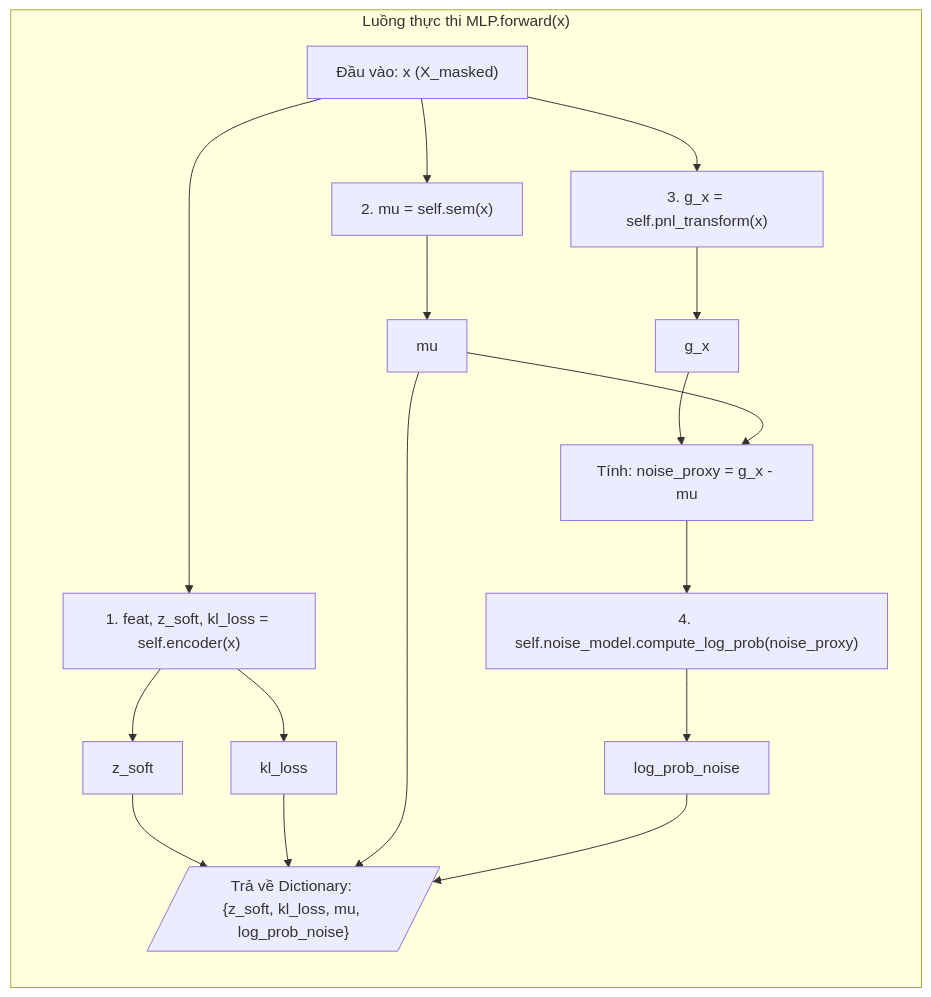
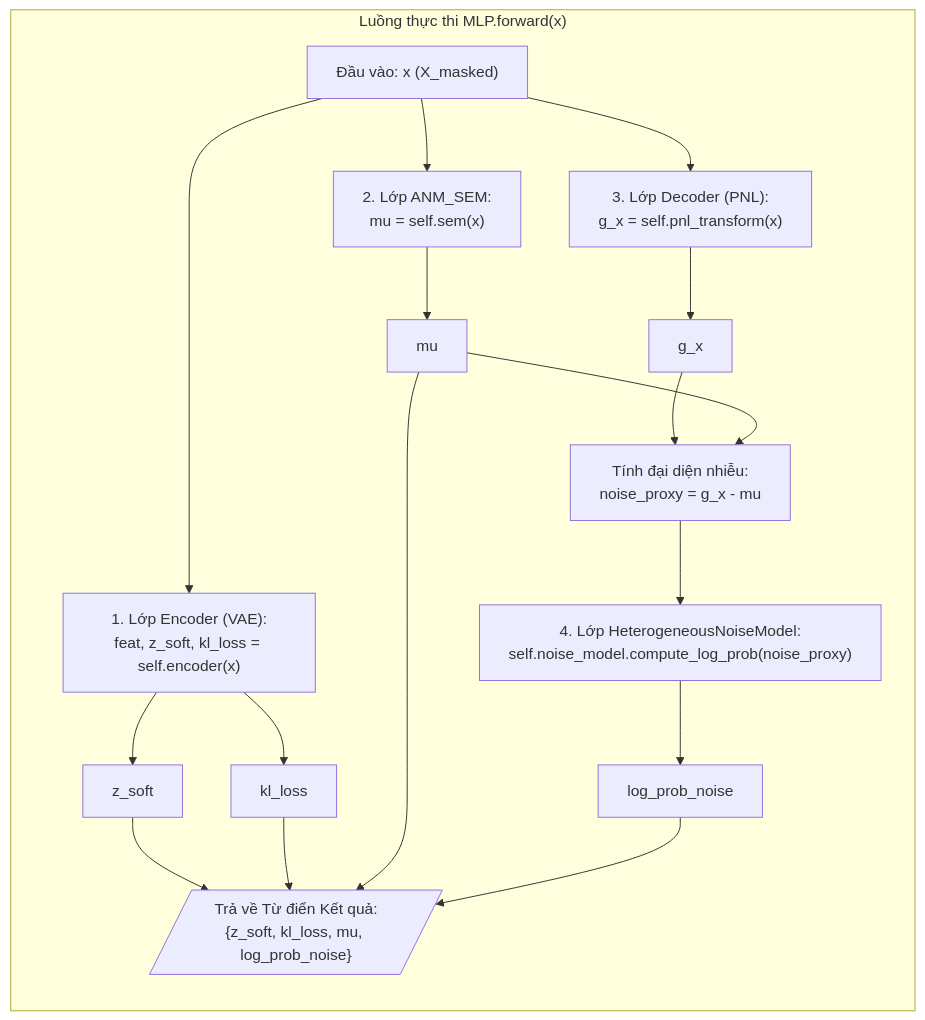
Before and after one commit to manhthai1706/DeepANM: the third of 6 diagrams in docx/Chuong2_MoHinhDeepANM.md, drawn with Mermaid.

Commit message:
Docs: Add class names to Figure 2.3 for MLP forward pass

````diff
--- a/docx/Chuong2_MoHinhDeepANM.md
+++ b/docx/Chuong2_MoHinhDeepANM.md
@@ -85,29 +85,29 @@
 ```mermaid
 graph TD
     X["Đầu vào: x (X_masked)"]
     
     subgraph MLP_Forward ["Luồng thực thi MLP.forward(x)"]
         direction TB
         
-        X --> Step1_Enc["1. feat, z_soft, kl_loss = self.encoder(x)"]
+        X --> Step1_Enc["1. Lớp Encoder (VAE):<br/>feat, z_soft, kl_loss = self.encoder(x)"]
         Step1_Enc --> z_soft["z_soft"]
         Step1_Enc --> kl_loss["kl_loss"]
         
-        X --> Step2_SEM["2. mu = self.sem(x)"]
+        X --> Step2_SEM["2. Lớp ANM_SEM:<br/>mu = self.sem(x)"]
         Step2_SEM --> mu["mu"]
         
-        X --> Step3_Dec["3. g_x = self.pnl_transform(x)"]
+        X --> Step3_Dec["3. Lớp Decoder (PNL):<br/>g_x = self.pnl_transform(x)"]
         Step3_Dec --> g_x["g_x"]
         
-        g_x --> CalcProxy["Tính: noise_proxy = g_x - mu"]
+        g_x --> CalcProxy["Tính đại diện nhiễu:<br/>noise_proxy = g_x - mu"]
         mu --> CalcProxy
         
-        CalcProxy --> Step4_Noise["4. \nself.noise_model.compute_log_prob(noise_proxy)"]
+        CalcProxy --> Step4_Noise["4. Lớp HeterogeneousNoiseModel:<br/>self.noise_model.compute_log_prob(noise_proxy)"]
         Step4_Noise --> log_prob_noise["log_prob_noise"]
         
-        z_soft --> Output[/"Trả về Dictionary: \n{z_soft, kl_loss, mu, log_prob_noise}"/]
+        z_soft --> Output[/"Trả về Từ điển Kết quả:<br/>{z_soft, kl_loss, mu, log_prob_noise}"/]
         kl_loss --> Output
         mu --> Output
         log_prob_noise --> Output
     end
 ```
````
